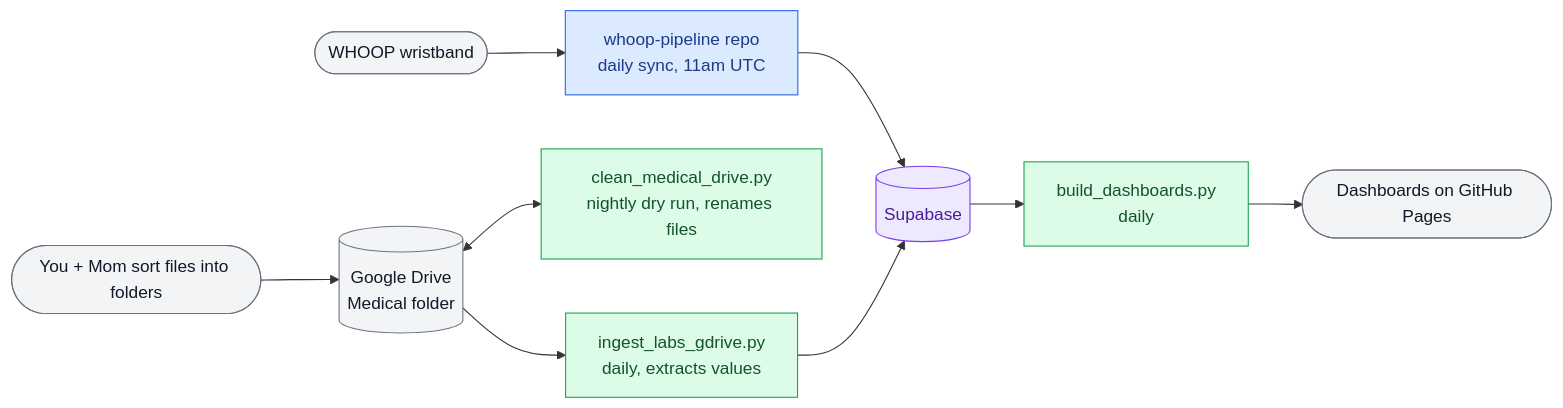
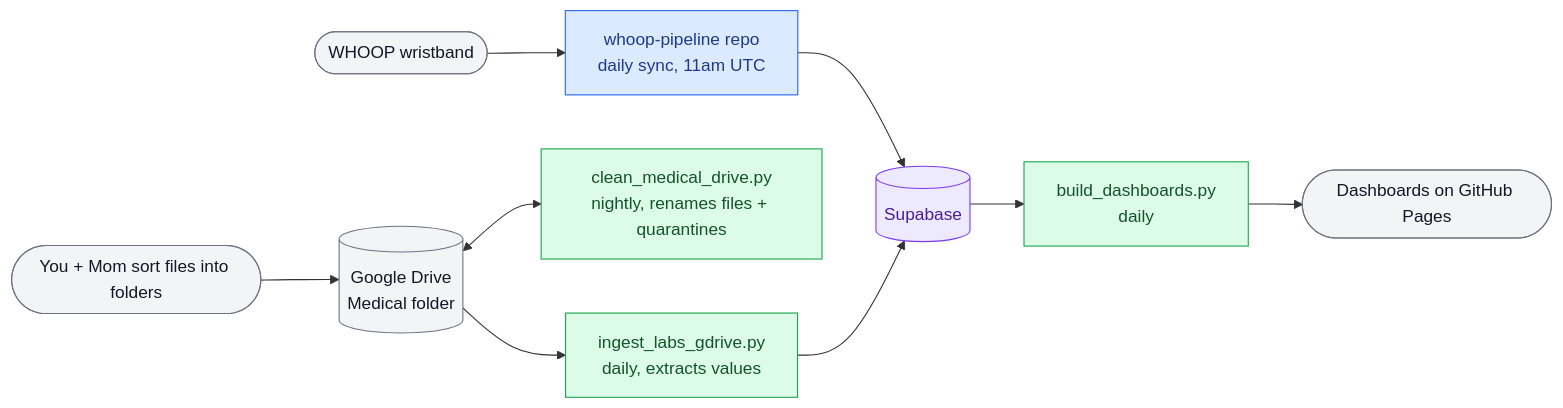
The diagram in README.md (fernandomartinez-de/vital-signal-reports), drawn with Mermaid before and after one commit. The commit also changed other lines of this file and 3 other files, not shown here.

````diff
--- a/README.md
+++ b/README.md
@@ -9,23 +9,23 @@
 ```mermaid
 flowchart LR
     W(["WHOOP wristband"]) --> WP["whoop-pipeline repo<br/>daily sync, 11am UTC"]
     WP --> DB[("Supabase")]
 
     U(["You + Mom sort files into folders"]) --> GD[("Google Drive<br/>Medical folder")]
-    GD <--> CL["clean_medical_drive.py<br/>nightly dry run, renames files"]
+    GD <--> CL["clean_medical_drive.py<br/>nightly, renames files + quarantines"]
     GD --> IN["ingest_labs_gdrive.py<br/>daily, extracts values"]
     IN --> DB
 
     DB --> BD["build_dashboards.py<br/>daily"]
     BD --> OUT(["Dashboards on GitHub Pages"])
 
     classDef repo fill:#dbeafe,stroke:#2563eb,color:#1e3a8a;
     classDef thisrepo fill:#dcfce7,stroke:#16a34a,color:#14532d;
     classDef db fill:#ede9fe,stroke:#7c3aed,color:#4c1d95;
     classDef ext fill:#f3f4f6,stroke:#6b7280,color:#111827;
 
     class WP repo;
     class CL,IN,BD thisrepo;
     class DB db;
     class W,U,OUT,GD ext;
 ```
````
